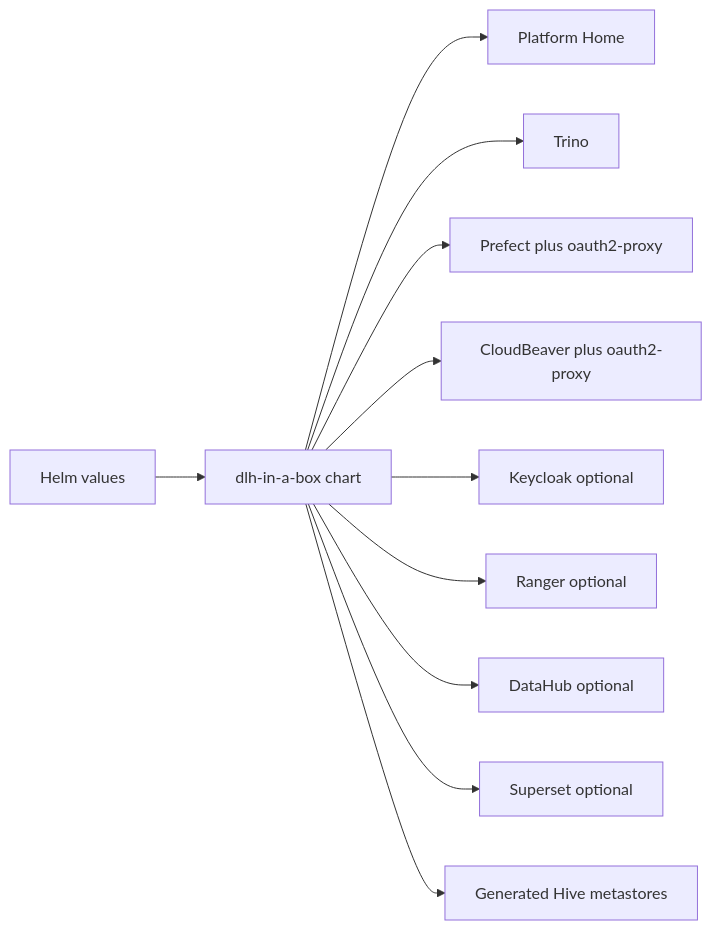
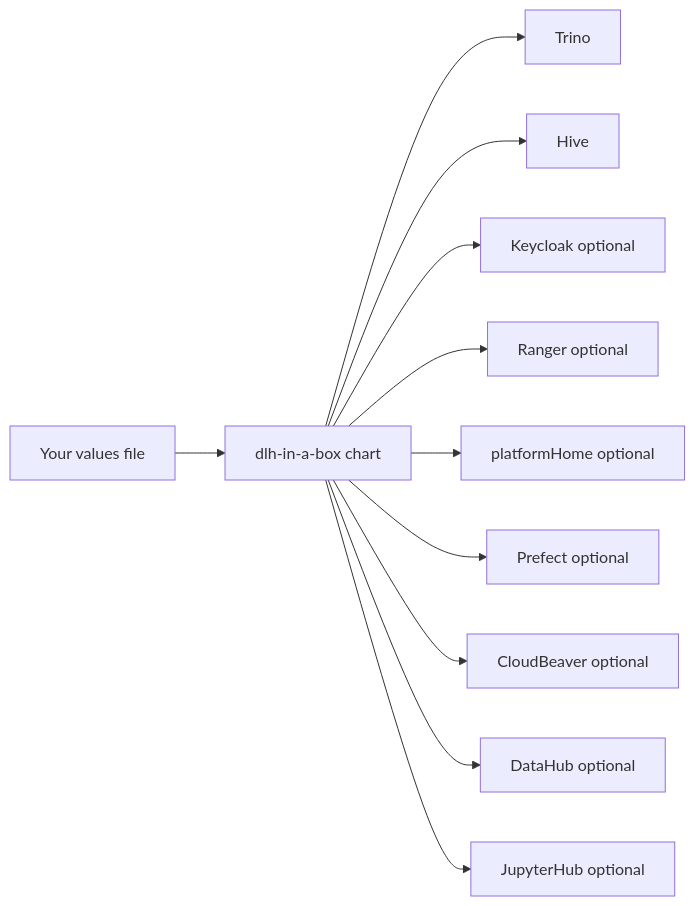
One commit to sanger-pathogens/dlh-in-a-box-umbrella-helm-chart changed the diagram in charts/dlh-in-a-box/README.md. Above: the diagram before and after it, drawn with Mermaid. The commit also changed other lines of this file and 27 other files, not shown here.

Commit message:
Rewrite and simplify chart documentation

````diff
--- a/charts/dlh-in-a-box/README.md
+++ b/charts/dlh-in-a-box/README.md
@@ -13,13 +25,13 @@
 ```mermaid
 flowchart LR
-  Values[Helm values] --> Umbrella[dlh-in-a-box chart]
-  Umbrella --> Portal[Platform Home]
-  Umbrella --> Trino[Trino]
-  Umbrella --> Prefect[Prefect plus oauth2-proxy]
-  Umbrella --> CloudBeaver[CloudBeaver plus oauth2-proxy]
-  Umbrella --> Keycloak[Keycloak optional]
-  Umbrella --> Ranger[Ranger optional]
-  Umbrella --> DataHub[DataHub optional]
-  Umbrella --> Superset[Superset optional]
-  Umbrella --> Hive[Generated Hive metastores]
+  Values[Your values file] --> Chart[dlh-in-a-box chart]
+  Chart --> Trino[Trino]
+  Chart --> Hive[Hive]
+  Chart --> Keycloak[Keycloak optional]
+  Chart --> Ranger[Ranger optional]
+  Chart --> Portal[platformHome optional]
+  Chart --> Prefect[Prefect optional]
+  Chart --> CloudBeaver[CloudBeaver optional]
+  Chart --> DataHub[DataHub optional]
+  Chart --> JupyterHub[JupyterHub optional]
 ```
````
